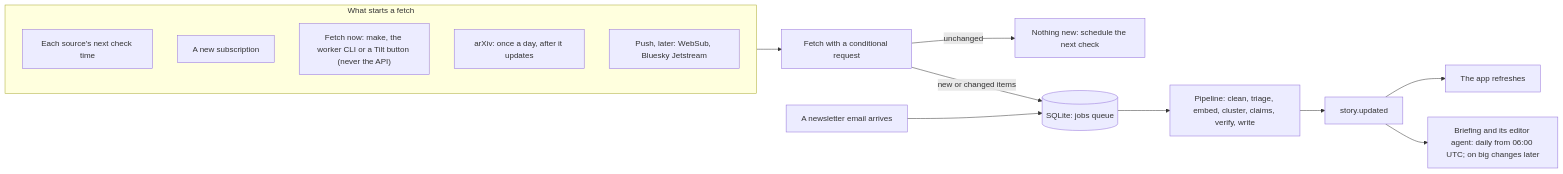
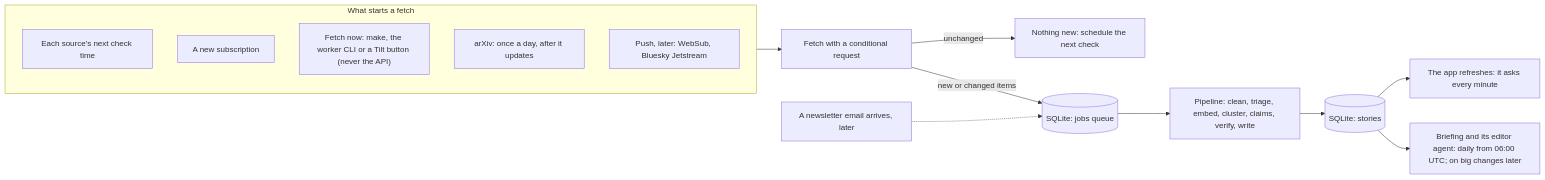
The fourth of 8 diagrams in docs/architecture.md (ThivaV/OSMS), drawn with Mermaid before and after one commit. The commit also changed other lines of this file and 15 other files, not shown here.

````diff
--- a/docs/architecture.md
+++ b/docs/architecture.md
@@ -218,28 +220,28 @@
 ```mermaid
 flowchart LR
     subgraph triggers["What starts a fetch"]
         timer["Each source's next check time"]
         sub["A new subscription"]
         now["Fetch now: make, the worker CLI or a Tilt button (never the API)"]
         daily["arXiv: once a day, after it updates"]
         push["Push, later: WebSub, Bluesky Jetstream"]
     end
 
-    mailin["A newsletter email arrives"]
+    mailin["A newsletter email arrives, later"]
     check["Fetch with a conditional request"]
     same["Nothing new: schedule the next check"]
     jobs[("SQLite: jobs queue")]
     pipe["Pipeline: clean, triage, embed, cluster, claims, verify, write"]
-    updated["story.updated"]
-    appview["The app refreshes"]
+    updated[("SQLite: stories")]
+    appview["The app refreshes: it asks every minute"]
     editor["Briefing and its editor agent: daily from 06:00 UTC; on big changes later"]
 
     triggers --> check
     check -->|"unchanged"| same
     check -->|"new or changed items"| jobs
-    mailin --> jobs
+    mailin -.-> jobs
     jobs --> pipe
     pipe --> updated
     updated --> appview
     updated --> editor
 ```
````
